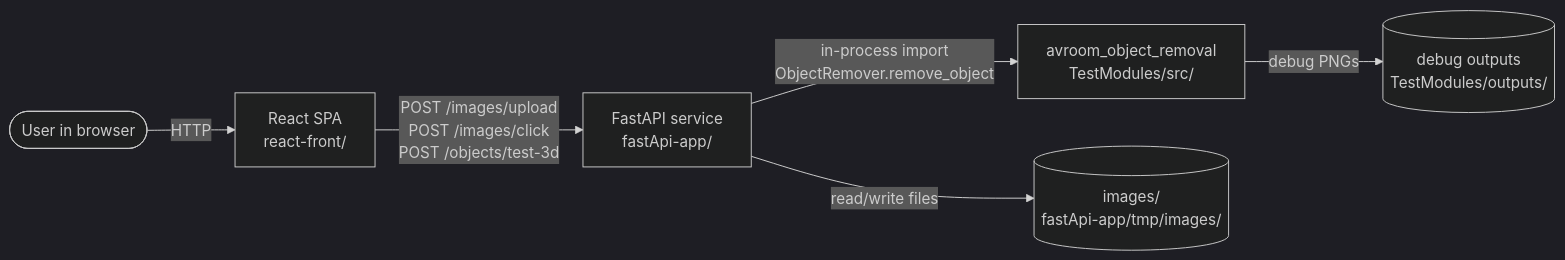
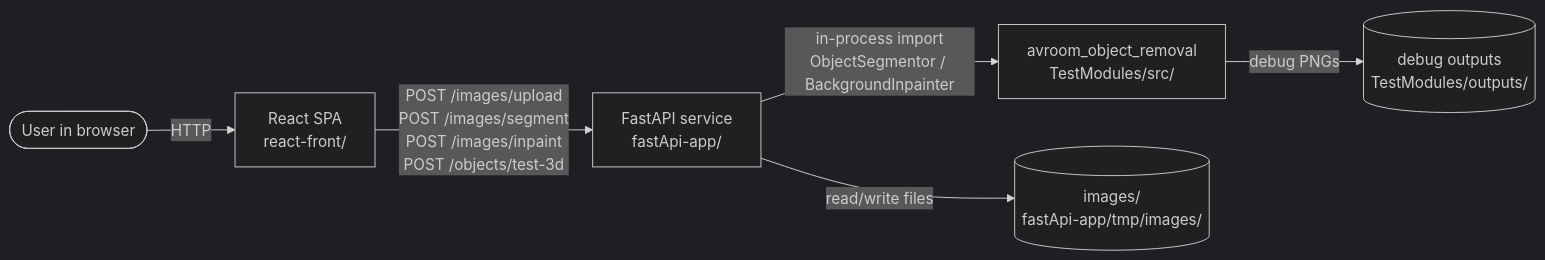
The diagram in docs/architecture.md (1mache/avroom), drawn with Mermaid (dark theme) before and after one commit. The commit also changed other lines of this file and 25 other files, not shown here.

````diff
--- a/docs/architecture.md
+++ b/docs/architecture.md
@@ -7,15 +7,15 @@
 ```mermaid
 flowchart LR
     user(["User in browser"])
     spa["React SPA<br/>react-front/"]
     api["FastAPI service<br/>fastApi-app/"]
     pipeline["avroom_object_removal<br/>TestModules/src/"]
     storage[("images/<br/>fastApi-app/tmp/images/")]
     outputs[("debug outputs<br/>TestModules/outputs/")]
 
     user -->|HTTP| spa
-    spa -->|"POST /images/upload<br/>POST /images/click<br/>POST /objects/test-3d"| api
+    spa -->|"POST /images/upload<br/>POST /images/segment<br/>POST /images/inpaint<br/>POST /objects/test-3d"| api
     api -->|read/write files| storage
-    api -->|"in-process import<br/>ObjectRemover.remove_object"| pipeline
+    api -->|"in-process import<br/>ObjectSegmentor / BackgroundInpainter"| pipeline
     pipeline -->|debug PNGs| outputs
 ```
````
